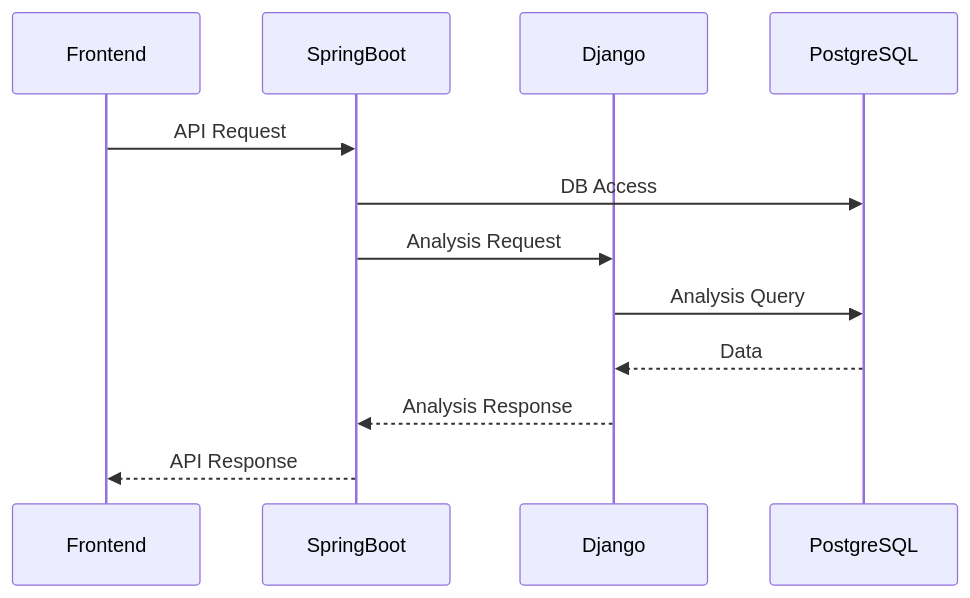
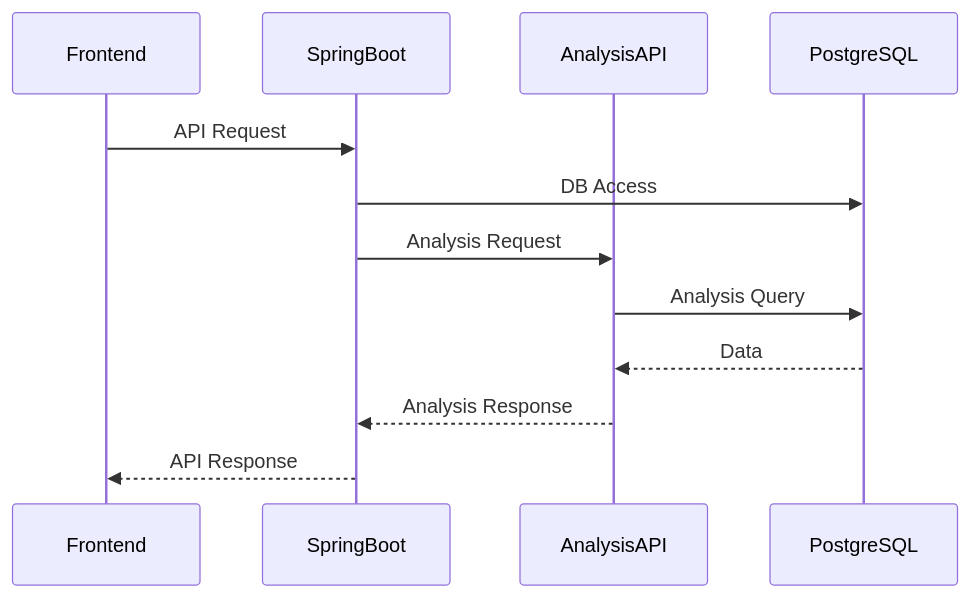
One commit to hanyeong0815/daipetto changed the fourth of 5 diagrams in docs/10_Development_Environment 366d097bd4f78035ba4aef5e47b56378.md. Above: the diagram before and after it, drawn with Mermaid. The commit also changed other lines of this file and 69 other files, not shown here.

First line of the commit message:
feat(analysis): FastAPI analysis API behind a Spring relay

````diff
--- a/docs/10_Development_Environment 366d097bd4f78035ba4aef5e47b56378.md
+++ b/docs/10_Development_Environment 366d097bd4f78035ba4aef5e47b56378.md
@@ -604,25 +615,25 @@
 ```mermaid
 sequenceDiagram
 
 	participant Frontend
 
 	participant SpringBoot
 
-	participant Django
+	participant AnalysisAPI
 
 	participant PostgreSQL
 
 	Frontend->>SpringBoot: API Request
 
 	SpringBoot->>PostgreSQL: DB Access
 
-	SpringBoot->>Django: Analysis Request
+	SpringBoot->>AnalysisAPI: Analysis Request
 
-	Django->>PostgreSQL: Analysis Query
+	AnalysisAPI->>PostgreSQL: Analysis Query
 
-	PostgreSQL-->>Django: Data
+	PostgreSQL-->>AnalysisAPI: Data
 
-	Django-->>SpringBoot: Analysis Response
+	AnalysisAPI-->>SpringBoot: Analysis Response
 
 	SpringBoot-->>Frontend: API Response
 ```
````
